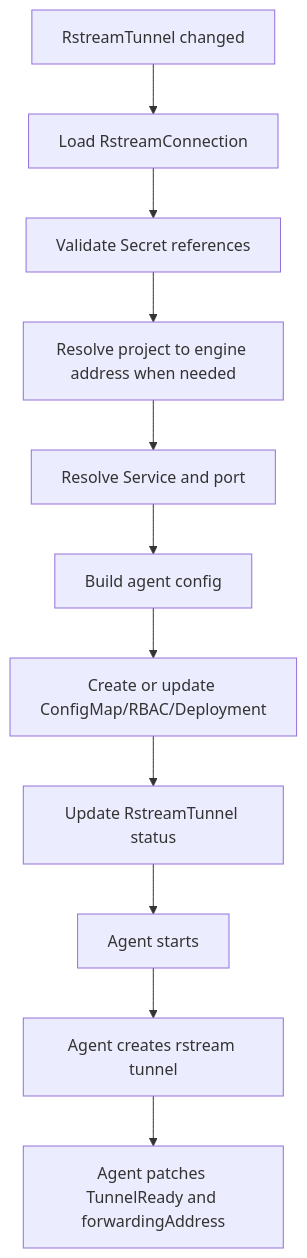
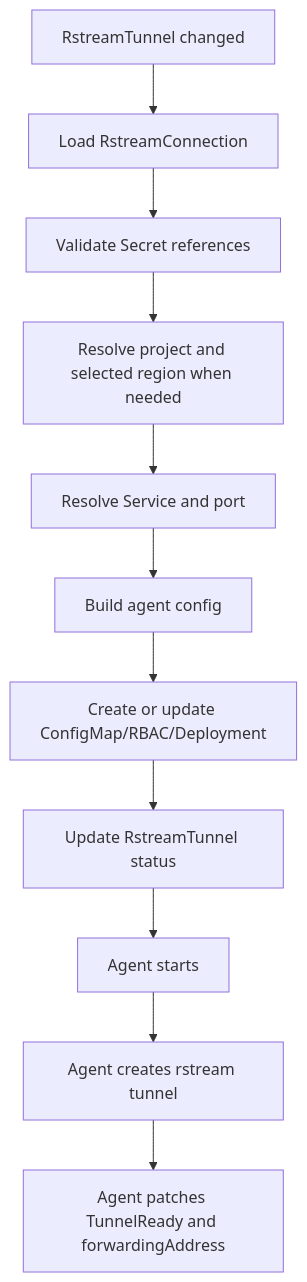
The diagram in docs/ARCHITECTURE.md (rstreamlabs/rstream-operator), drawn with Mermaid before and after one commit. The commit also changed other lines of this file and 28 other files, not shown here.

````diff
--- a/docs/ARCHITECTURE.md
+++ b/docs/ARCHITECTURE.md
@@ -41,13 +41,13 @@
 ```mermaid
 flowchart TD
     A["RstreamTunnel changed"] --> B["Load RstreamConnection"]
     B --> C["Validate Secret references"]
-    C --> D["Resolve project to engine address when needed"]
+    C --> D["Resolve project and selected region when needed"]
     D --> E["Resolve Service and port"]
     E --> F["Build agent config"]
     F --> G["Create or update ConfigMap/RBAC/Deployment"]
     G --> H["Update RstreamTunnel status"]
     H --> I["Agent starts"]
     I --> J["Agent creates rstream tunnel"]
     J --> K["Agent patches TunnelReady and forwardingAddress"]
 ```
````
